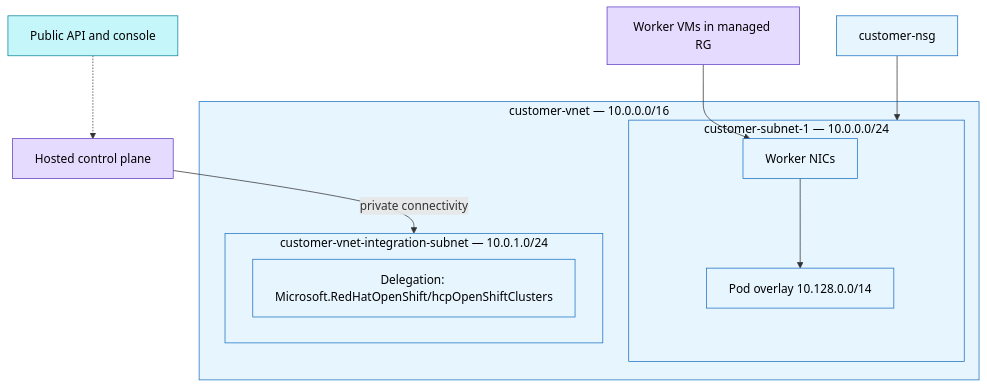
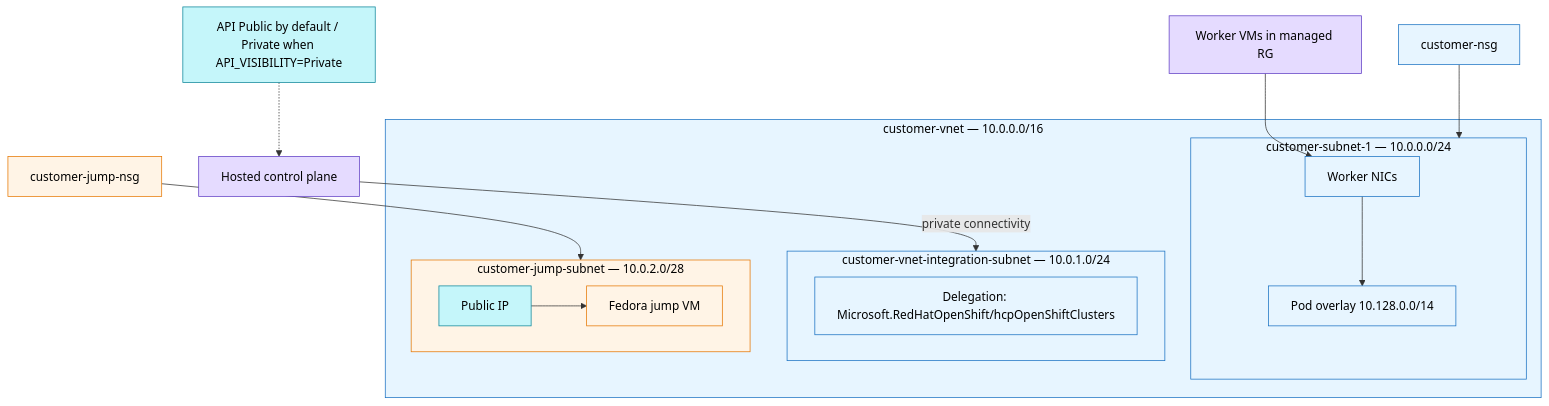
One commit to rh-mobb/aro-hcp changed the fifth of 12 diagrams in docs/architecture.md. Above: the diagram before and after it, drawn with Mermaid. The commit also changed other lines of this file and 2 other files, not shown here.

Commit message:
docs: document private API and sshuttle jump box

````diff
--- a/docs/architecture.md
+++ b/docs/architecture.md
@@ -326,26 +332,34 @@
 ```mermaid
 flowchart TB
     subgraph vnet["customer-vnet — 10.0.0.0/16"]
         subgraph worker["customer-subnet-1 — 10.0.0.0/24"]
             nics["Worker NICs"]
             pods["Pod overlay 10.128.0.0/14"]
         end
         subgraph vis["customer-vnet-integration-subnet — 10.0.1.0/24"]
             del["Delegation: Microsoft.RedHatOpenShift/hcpOpenShiftClusters"]
         end
+        subgraph jump["customer-jump-subnet — 10.0.2.0/28"]
+            jumpVm["Fedora jump VM"]
+            jumpPip["Public IP"]
+        end
     end
 
     nsg["customer-nsg"] --> worker
+    jumpNsg["customer-jump-nsg"] --> jump
     hcp["Hosted control plane"] -->|"private connectivity"| vis
-    api["Public API and console"] -.-> hcp
+    api["API Public by default / Private when API_VISIBILITY=Private"] -.-> hcp
     workers["Worker VMs in managed RG"] --> nics
     nics --> pods
+    jumpPip --> jumpVm
 
     classDef net fill:#e7f5ff,stroke:#1971c2,color:#000
     classDef rp fill:#e5dbff,stroke:#5f3dc4,color:#000
     classDef pub fill:#c5f6fa,stroke:#0c8599,color:#000
+    classDef opt fill:#fff4e6,stroke:#e67700,color:#000
     class vnet,worker,vis,nsg,del net
     class hcp,workers rp
-    class api pub
+    class api,jumpPip pub
+    class jump,jumpVm,jumpNsg opt
     class nics,pods net
 ```
````
